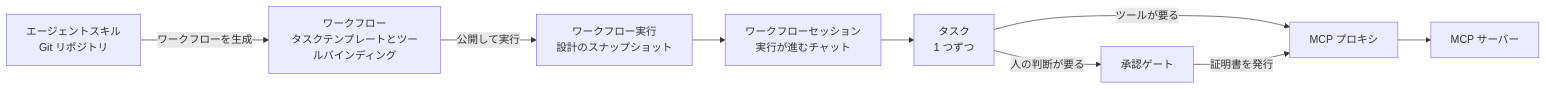
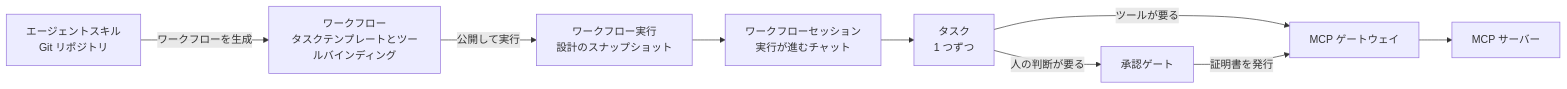
Before and after one commit to kaitoy/a2flow: the diagram in website/i18n/ja/docusaurus-plugin-content-docs/current/architecture/overview.md, drawn with Mermaid. The commit also changed other lines of this file and 50 other files, not shown here.

````diff
--- a/website/i18n/ja/docusaurus-plugin-content-docs/current/architecture/overview.md
+++ b/website/i18n/ja/docusaurus-plugin-content-docs/current/architecture/overview.md
@@ -10,11 +10,11 @@
 ```mermaid
 flowchart LR
   S["エージェントスキル<br/>Git リポジトリ"] -->|"ワークフローを生成"| W["ワークフロー<br/>タスクテンプレートとツールバインディング"]
   W -->|"公開して実行"| X["ワークフロー実行<br/>設計のスナップショット"]
   X --> C["ワークフローセッション<br/>実行が進むチャット"]
   C --> T["タスク<br/>1 つずつ"]
   T -->|"人の判断が要る"| A["承認ゲート"]
-  T -->|"ツールが要る"| P["MCP プロキシ"]
+  T -->|"ツールが要る"| P["MCP ゲートウェイ"]
   A -->|"証明書を発行"| P
   P --> M["MCP サーバー"]
 ```
````
